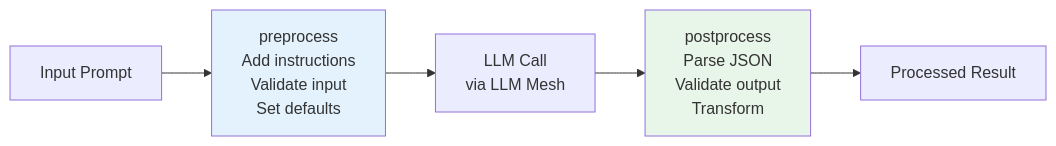
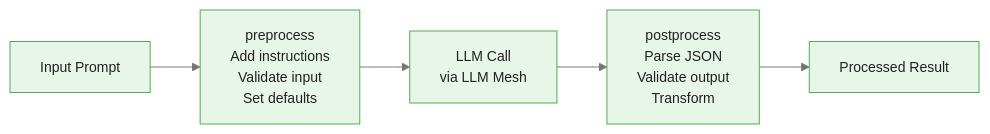
One commit to m-deane/course-creator changed the second of 5 diagrams in courses/dataiku-genai/modules/module_03_custom/guides/02_custom_models_slides.md. Above: the diagram before and after it, drawn with Mermaid. The commit also changed other lines of this file and 54 other files, not shown here.

````diff
--- a/courses/dataiku-genai/modules/module_03_custom/guides/02_custom_models_slides.md
+++ b/courses/dataiku-genai/modules/module_03_custom/guides/02_custom_models_slides.md
@@ -100,10 +106,8 @@
 ```mermaid
+%%{init: {"theme": "base", "themeVariables": {"primaryColor": "#e8f5e9", "primaryBorderColor": "#4caf50", "primaryTextColor": "#212121", "secondaryColor": "#e3f2fd", "tertiaryColor": "#fff8e1", "lineColor": "#757575", "fontFamily": "Inter, sans-serif", "fontSize": "14px"}}}%%
 flowchart LR
     IN[Input Prompt] --> PRE[preprocess<br/>Add instructions<br/>Validate input<br/>Set defaults]
     PRE --> LLM[LLM Call<br/>via LLM Mesh]
     LLM --> POST[postprocess<br/>Parse JSON<br/>Validate output<br/>Transform]
     POST --> OUT[Processed Result]
-
-    style PRE fill:#e3f2fd
-    style POST fill:#e8f5e9
 ```
````
